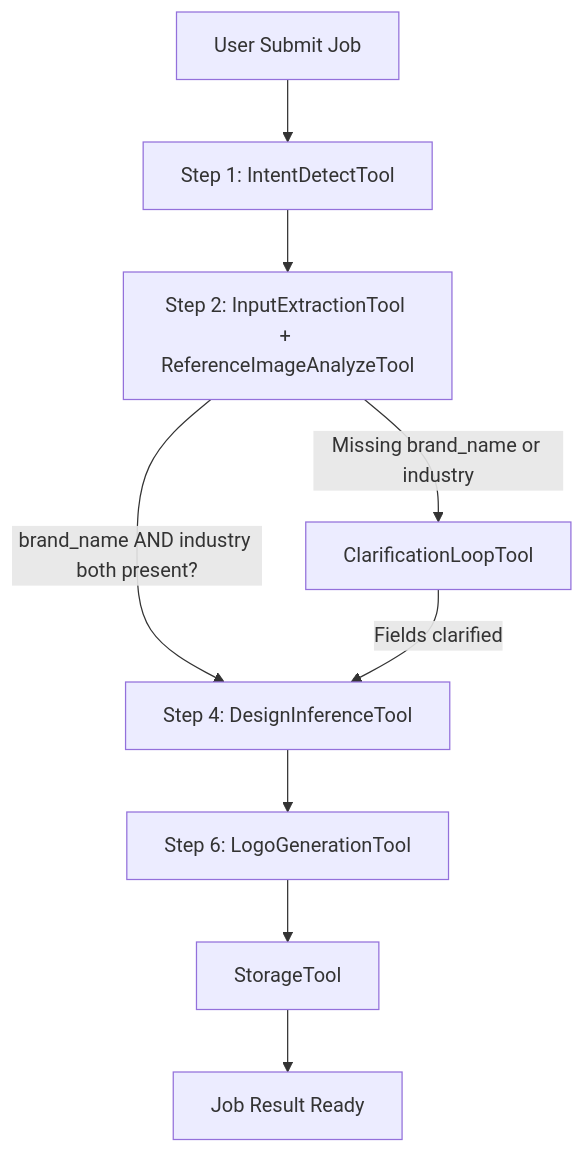
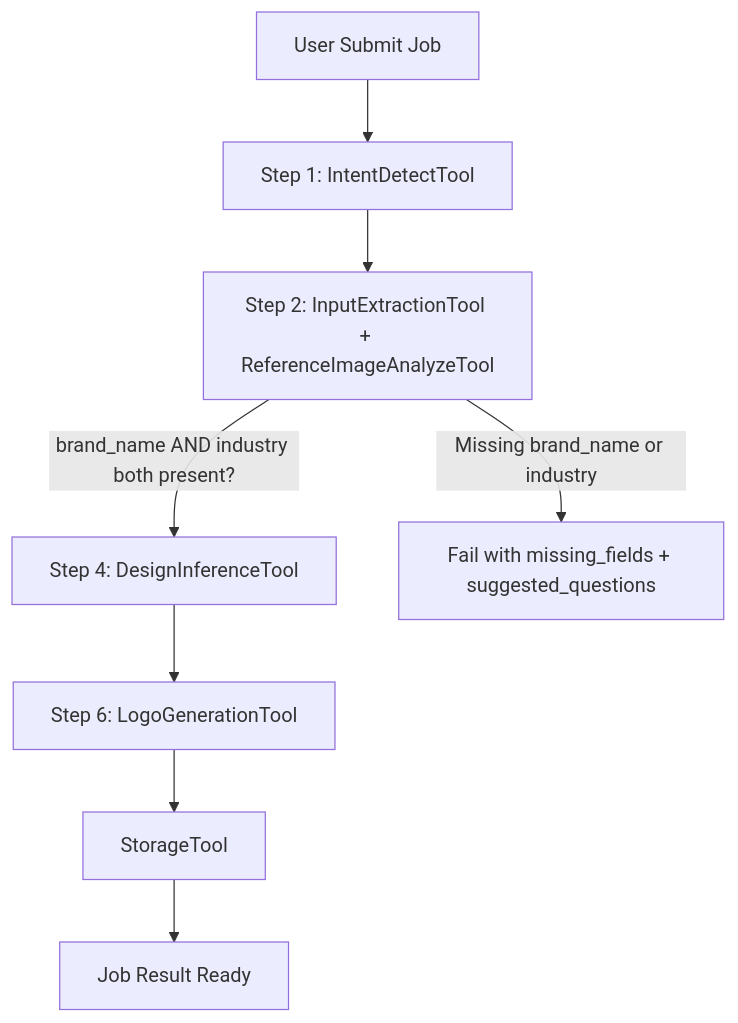
Before and after one commit to Ne4nf/Agent-Memory: the first of 3 diagrams in tech.md, drawn with Mermaid. The commit also changed other lines of this file, not shown here.

````diff
--- a/tech.md
+++ b/tech.md
@@ -91,11 +92,10 @@
 ```mermaid
 flowchart TD
   A[User Submit Job] --> B[Step 1: IntentDetectTool]
   B --> C[Step 2: InputExtractionTool + ReferenceImageAnalyzeTool]
   C -->|brand_name AND industry both present?| F[Step 4: DesignInferenceTool]
-  C -->|Missing brand_name or industry| E[ClarificationLoopTool]
-  E -->|Fields clarified| F
+  C -->|Missing brand_name or industry| E[Fail with missing_fields + suggested_questions]
   F --> G[Step 6: LogoGenerationTool]
   G --> H[StorageTool]
   H --> I[Job Result Ready]
 ```
````
